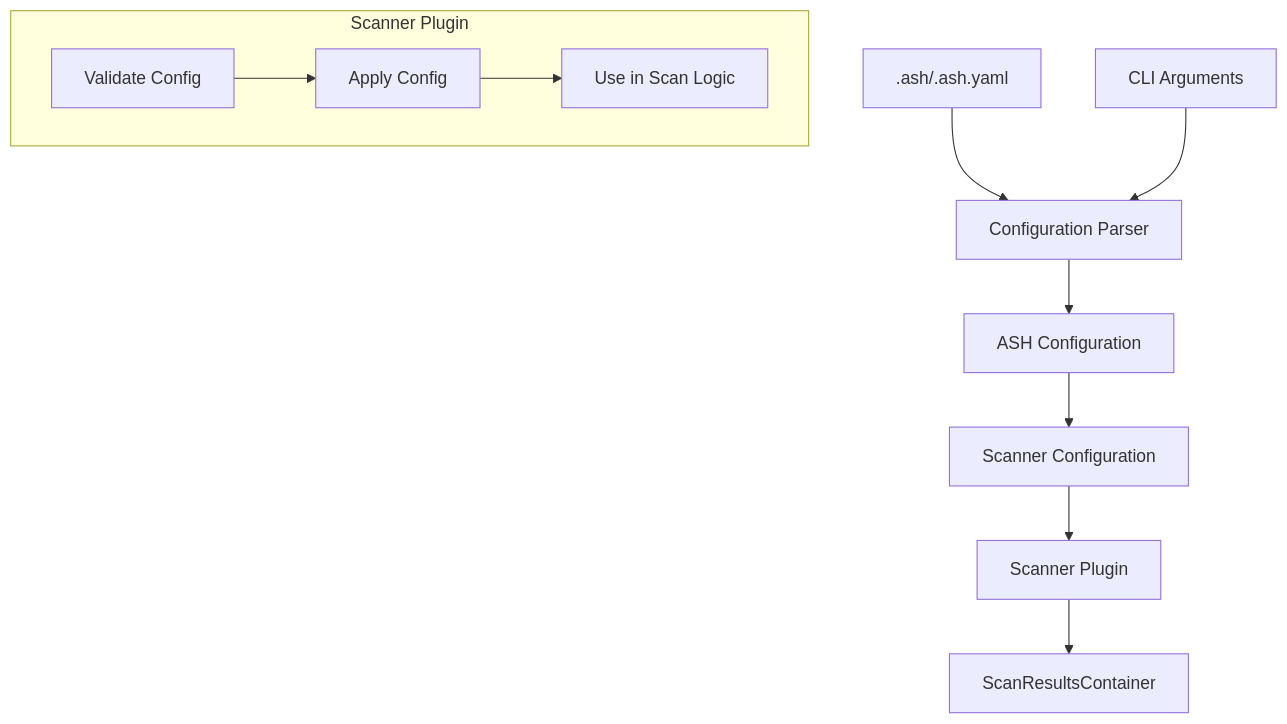
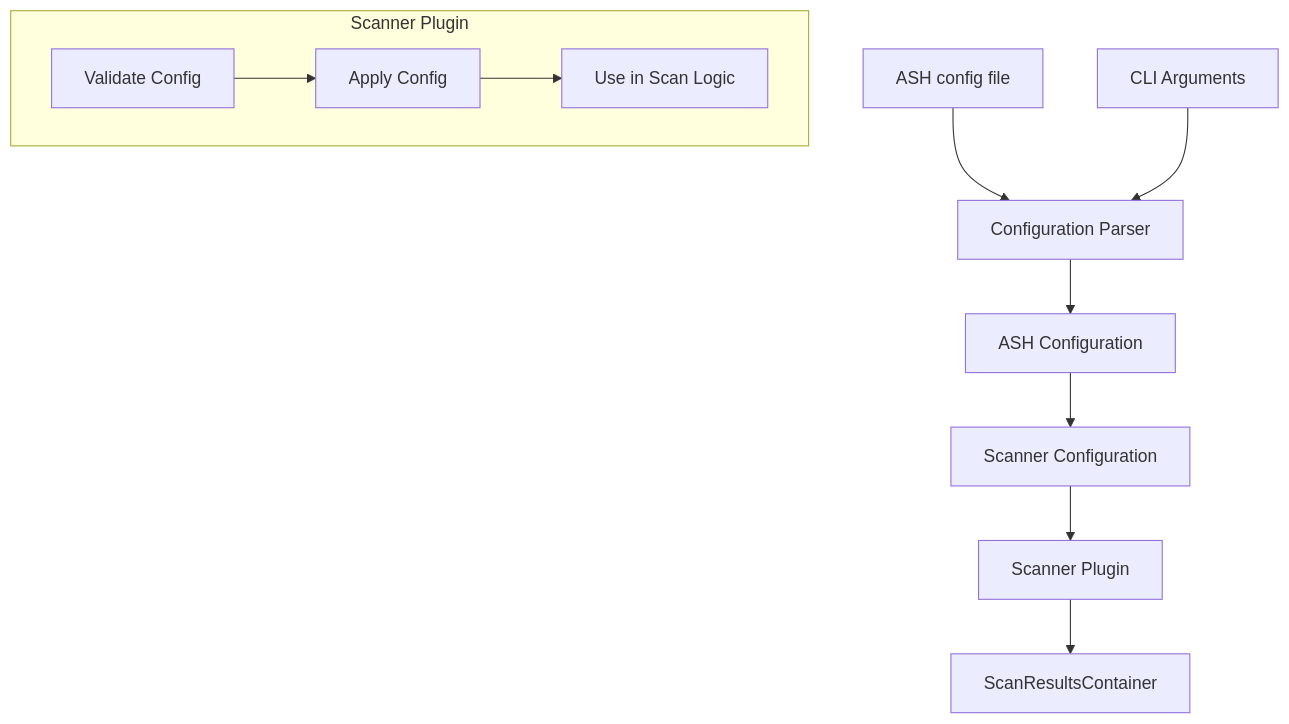
Before and after one commit to awslabs/automated-security-helper: the fourth of 5 diagrams in docs/content/docs/plugins/scanner-plugins-diagrams.md, drawn with Mermaid. The commit also changed 2834 other files, not shown here.

````diff
--- a/docs/content/docs/plugins/scanner-plugins-diagrams.md
+++ b/docs/content/docs/plugins/scanner-plugins-diagrams.md
@@ -112,15 +112,15 @@
 ```mermaid
 flowchart TD
-    A[.ash/.ash.yaml] --> B[Configuration Parser]
+    A[ASH config file] --> B[Configuration Parser]
     C[CLI Arguments] --> B
     B --> D[ASH Configuration]
     D --> E[Scanner Configuration]
     E --> F[Scanner Plugin]
 
     subgraph Scanner Plugin
         G[Validate Config] --> H[Apply Config]
         H --> I[Use in Scan Logic]
     end
 
     F --> J[ScanResultsContainer]
 ```
````
